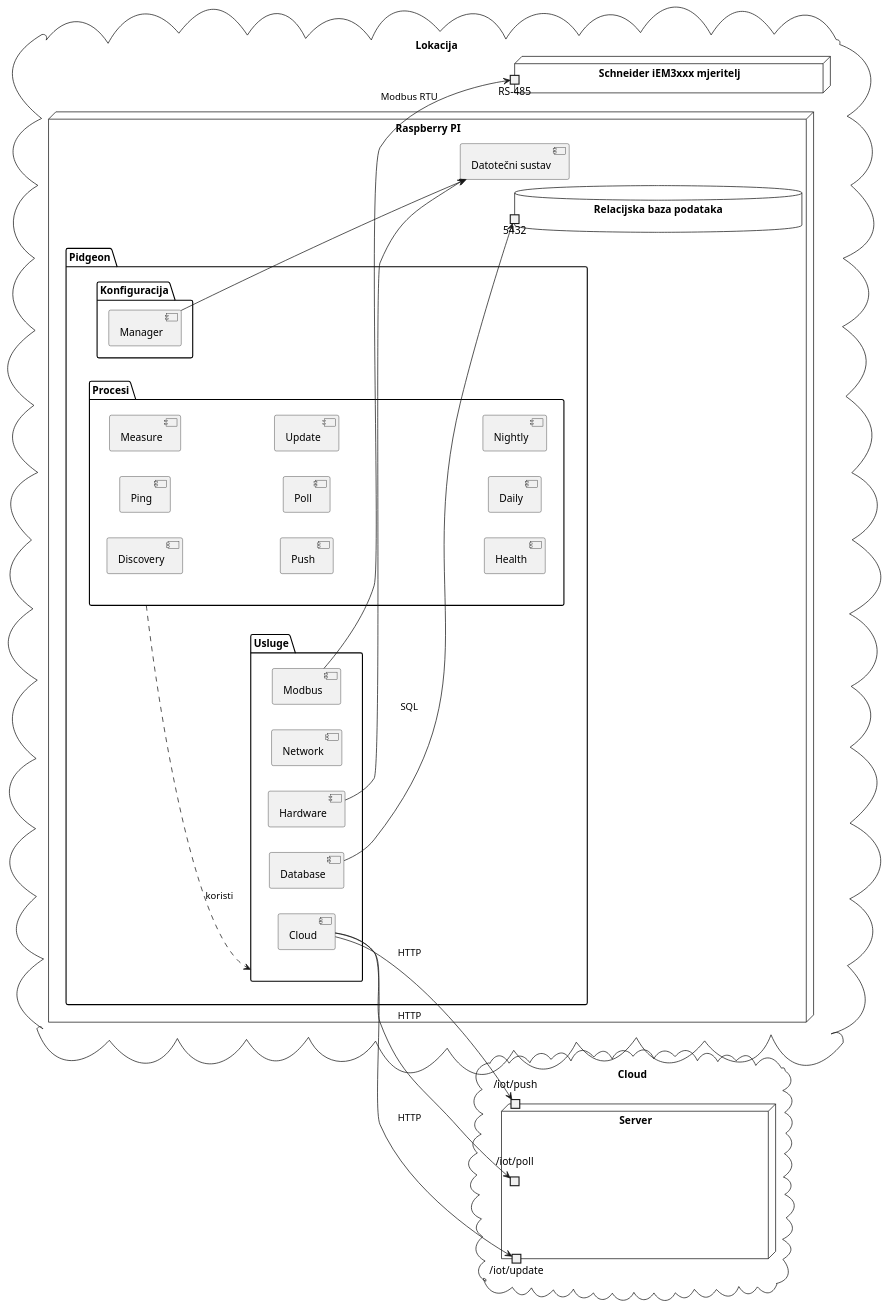
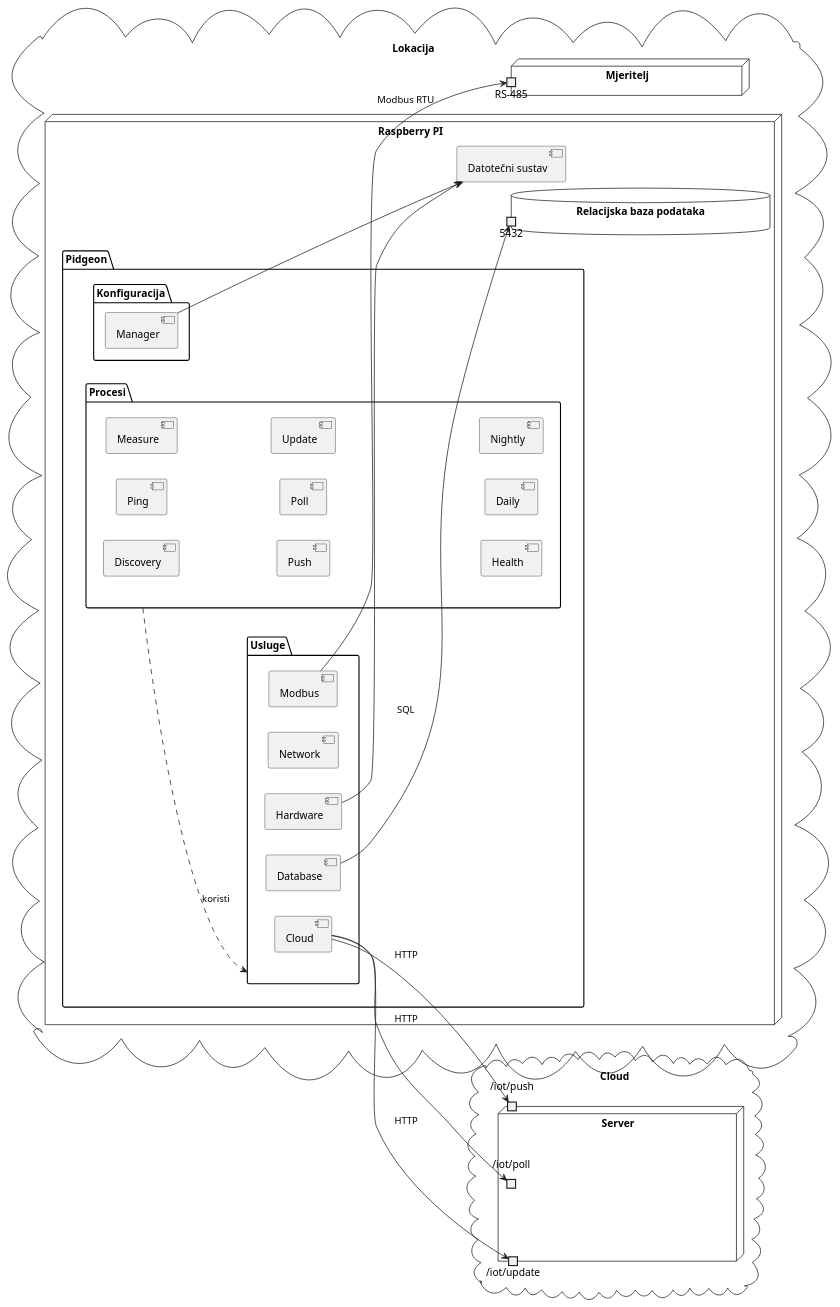
Before and after one commit to altibiz/pidgeon: the diagram in docs/hr/src/architecture.md, drawn with PlantUML.

````diff
--- a/docs/hr/src/architecture.md
+++ b/docs/hr/src/architecture.md
@@ -36,66 +36,66 @@
 ```plantuml
 @startuml
 
 left to right direction
 
 cloud "Lokacija" {
-  node "Schneider iEM3xxx mjeritelj" as schneider {
-    portin "RS-485" as schneider_rs485
+  node "Mjeritelj" as meter {
+    portin "RS-485" as meter_rs485
   }
 
   node "Raspberry PI" as rpi {
     component "Datotečni sustav" as filesystem
 
     package "Pidgeon" as pidgeon {
       package "Konfiguracija" as configuration {
         component Manager as config_manager
       }
 
       package Usluge as services {
         component Hardware as hardware_service
         component Network as network_service
         component Modbus as modbus_service
         component Database as database_service
         component Cloud as cloud_service
       }
 
       package Procesi as processes {
         component Discovery as discovery_process
         component Ping as ping_process
         component Measure as measure_process
         component Push as push_process
         component Poll as poll_process
         component Update as update_process
         component Health as health_process
         component Daily as daily_process
         component Nightly as nightly_process
       }
     }
 
     database "Relacijska baza podataka" as database {
       portin 5432 as dbPort
     }
   }
 }
 
 cloud "Cloud" as cloud {
   node "Server" as server {
     portin "/iot/push" as server_push
     portin "/iot/poll" as server_poll
     portin "/iot/update" as server_update
   }
 }
 
 config_manager --> filesystem
 
-modbus_service --> schneider_rs485 : "Modbus RTU"
+modbus_service --> meter_rs485 : "Modbus RTU"
 database_service --> dbPort : "SQL"
 hardware_service --> filesystem
 cloud_service --> server_push : "HTTP"
 cloud_service --> server_poll : "HTTP"
 cloud_service --> server_update : "HTTP"
 
 processes ..> services : koristi
 
 @enduml
 ```
````
